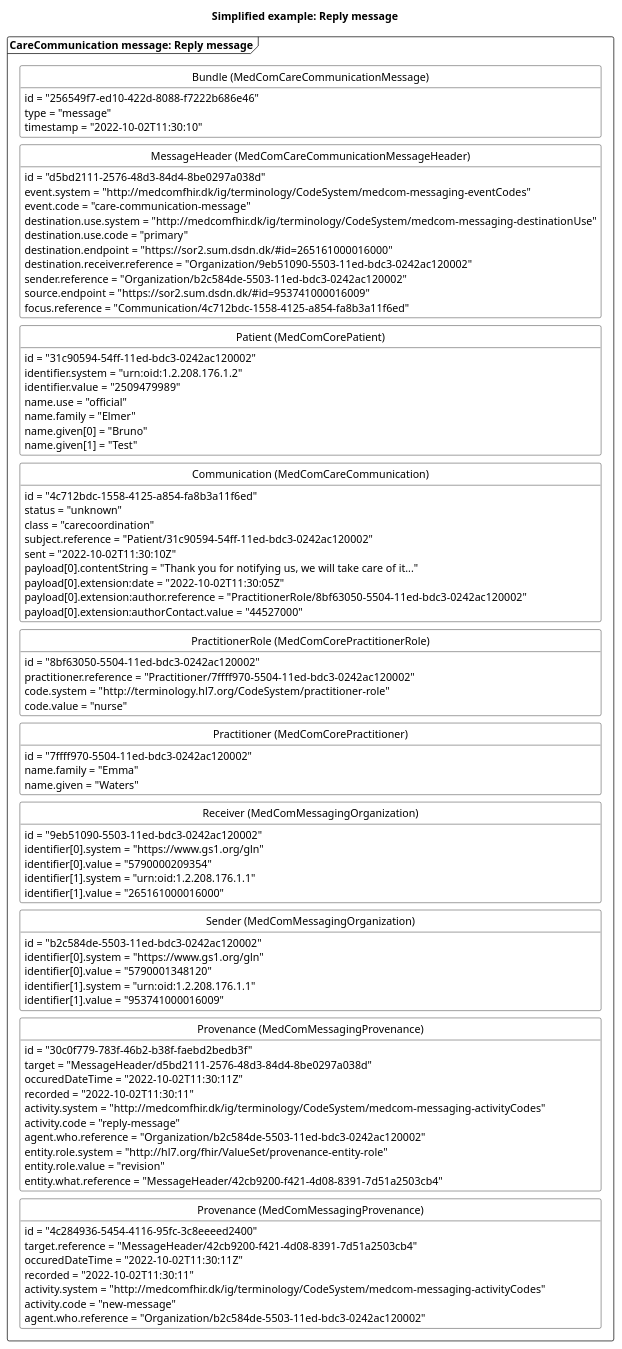
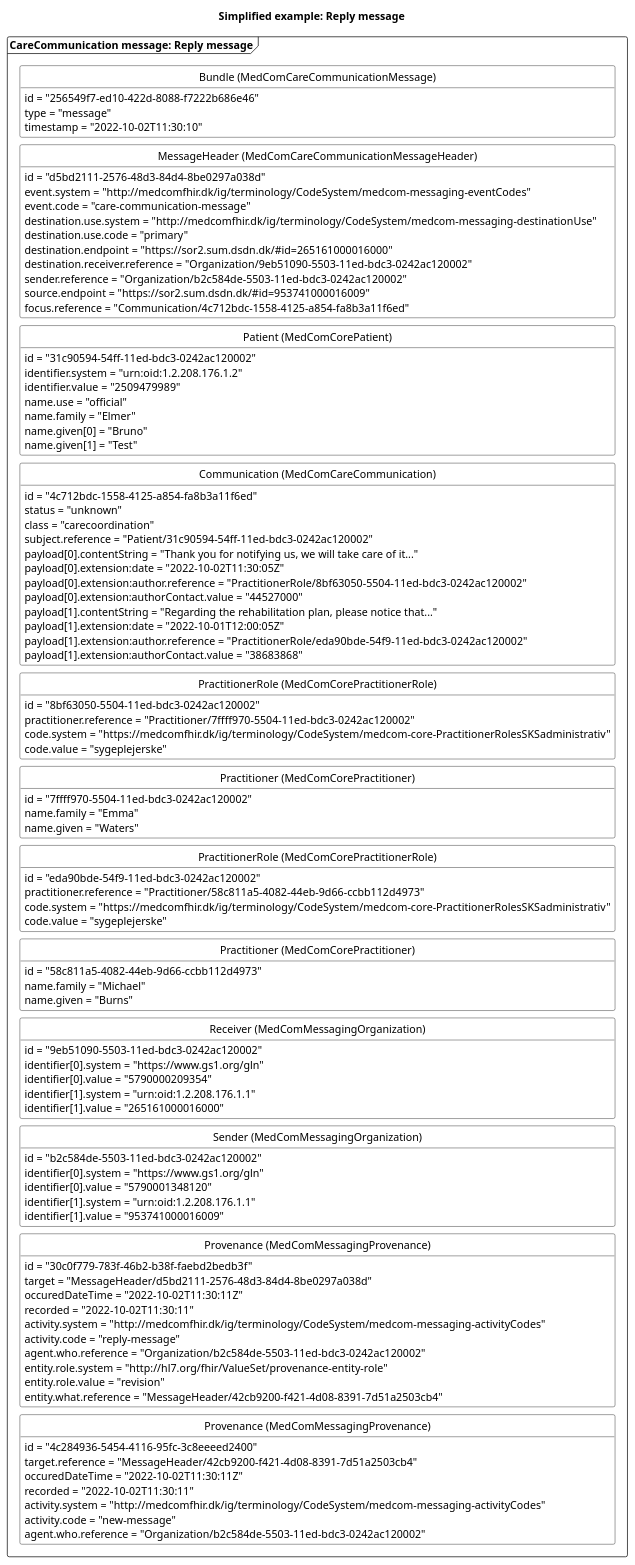
Before and after one commit to medcomdk/dk-medcom-carecommunication: the diagram in puml/CareCommunicationReplyMessage.puml, drawn with PlantUML. The commit also changed 22 other files, not shown here.

```diff
--- a/puml/CareCommunicationReplyMessage.puml
+++ b/puml/CareCommunicationReplyMessage.puml
@@ -1,115 +1,131 @@
 @startuml CCreplyMessage
 
 'layout
 skinparam class {
     BackgroundColor White
     BorderColor Black
     ArrowColor Black
   }
 hide circle
 hide empty members
 skinparam SameClassWidth true
 skinparam Ranksep 10
 
 
 'title
 title Simplified example: Reply message
 
 'Message 1: reply message
 package "CareCommunication message: Reply message" as reply <<Frame>>{
     class "Bundle (MedComCareCommunicationMessage)" as replyB {
         id = "256549f7-ed10-422d-8088-f7222b686e46"
         type = "message"
         timestamp = "2022-10-02T11:30:10"
     }
     class "MessageHeader (MedComCareCommunicationMessageHeader)" as replyMH{
         id = "d5bd2111-2576-48d3-84d4-8be0297a038d"
         event.system = "http://medcomfhir.dk/ig/terminology/CodeSystem/medcom-messaging-eventCodes"
         event.code = "care-communication-message"
         destination.use.system = "http://medcomfhir.dk/ig/terminology/CodeSystem/medcom-messaging-destinationUse"
         destination.use.code = "primary"
         destination.endpoint = "https://sor2.sum.dsdn.dk/#id=265161000016000"
         destination.receiver.reference = "Organization/9eb51090-5503-11ed-bdc3-0242ac120002"
         sender.reference = "Organization/b2c584de-5503-11ed-bdc3-0242ac120002"
         source.endpoint = "https://sor2.sum.dsdn.dk/#id=953741000016009"
         focus.reference = "Communication/4c712bdc-1558-4125-a854-fa8b3a11f6ed"
     }
     class "Patient (MedComCorePatient)" as replyPT{
         id = "31c90594-54ff-11ed-bdc3-0242ac120002"
         identifier.system = "urn:oid:1.2.208.176.1.2"
         identifier.value = "2509479989"
         name.use = "official"
         name.family = "Elmer"
         name.given[0] = "Bruno"
         name.given[1] = "Test"
     }
     class "Communication (MedComCareCommunication)" as replyCom{
         id = "4c712bdc-1558-4125-a854-fa8b3a11f6ed"
         status = "unknown"
         class = "carecoordination"
         subject.reference = "Patient/31c90594-54ff-11ed-bdc3-0242ac120002"
-        sent = "2022-10-02T11:30:10Z"
         payload[0].contentString = "Thank you for notifying us, we will take care of it..."
         payload[0].extension:date = "2022-10-02T11:30:05Z"
         payload[0].extension:author.reference = "PractitionerRole/8bf63050-5504-11ed-bdc3-0242ac120002"
         payload[0].extension:authorContact.value = "44527000"
-    }
+        payload[1].contentString = "Regarding the rehabilitation plan, please notice that..."
+        payload[1].extension:date = "2022-10-01T12:00:05Z"
+        payload[1].extension:author.reference = "PractitionerRole/eda90bde-54f9-11ed-bdc3-0242ac120002"
+        payload[1].extension:authorContact.value = "38683868"
+    } 
     class "PractitionerRole (MedComCorePractitionerRole)" as replyPracR{
         id = "8bf63050-5504-11ed-bdc3-0242ac120002"
         practitioner.reference = "Practitioner/7ffff970-5504-11ed-bdc3-0242ac120002"
-        code.system = "http://terminology.hl7.org/CodeSystem/practitioner-role"
-        code.value = "nurse"
+        code.system = "https://medcomfhir.dk/ig/terminology/CodeSystem/medcom-core-PractitionerRolesSKSadministrativ"
+        code.value = "sygeplejerske"
     }
     class "Practitioner (MedComCorePractitioner)" as replyPrac{
         id = "7ffff970-5504-11ed-bdc3-0242ac120002"
         name.family = "Emma"
         name.given = "Waters"
+    }
+    class "PractitionerRole (MedComCorePractitionerRole)" as newPracR{
+        id = "eda90bde-54f9-11ed-bdc3-0242ac120002"
+        practitioner.reference = "Practitioner/58c811a5-4082-44eb-9d66-ccbb112d4973"
+        code.system = "https://medcomfhir.dk/ig/terminology/CodeSystem/medcom-core-PractitionerRolesSKSadministrativ"
+        code.value = "sygeplejerske"
+    }
+    class "Practitioner (MedComCorePractitioner)" as newPrac{
+        id = "58c811a5-4082-44eb-9d66-ccbb112d4973"
+        name.family = "Michael"
+        name.given = "Burns"
     }
     class "Receiver (MedComMessagingOrganization)" as replyROrg{
         id = "9eb51090-5503-11ed-bdc3-0242ac120002"
         identifier[0].system = "https://www.gs1.org/gln"
         identifier[0].value = "5790000209354"
         identifier[1].system = "urn:oid:1.2.208.176.1.1"
         identifier[1].value = "265161000016000"
     }
     class "Sender (MedComMessagingOrganization)" as replySOrg{
         id = "b2c584de-5503-11ed-bdc3-0242ac120002"
         identifier[0].system = "https://www.gs1.org/gln"
         identifier[0].value = "5790001348120"
         identifier[1].system = "urn:oid:1.2.208.176.1.1"
         identifier[1].value = "953741000016009"
     }
     class "Provenance (MedComMessagingProvenance)" as replyPRO{
         id = "30c0f779-783f-46b2-b38f-faebd2bedb3f"
         target = "MessageHeader/d5bd2111-2576-48d3-84d4-8be0297a038d"
         occuredDateTime = "2022-10-02T11:30:11Z"
         recorded = "2022-10-02T11:30:11"
         activity.system = "http://medcomfhir.dk/ig/terminology/CodeSystem/medcom-messaging-activityCodes"
         activity.code = "reply-message"
         agent.who.reference = "Organization/b2c584de-5503-11ed-bdc3-0242ac120002"
         entity.role.system = "http://hl7.org/fhir/ValueSet/provenance-entity-role"
         entity.role.value = "revision"
         entity.what.reference = "MessageHeader/42cb9200-f421-4d08-8391-7d51a2503cb4"
     }
     class "Provenance (MedComMessagingProvenance)" as newPRO{
         id = "4c284936-5454-4116-95fc-3c8eeeed2400"
         target.reference = "MessageHeader/42cb9200-f421-4d08-8391-7d51a2503cb4"
         occuredDateTime = "2022-10-02T11:30:11Z"
         recorded = "2022-10-02T11:30:11"
         activity.system = "http://medcomfhir.dk/ig/terminology/CodeSystem/medcom-messaging-activityCodes"
         activity.code = "new-message"
         agent.who.reference = "Organization/b2c584de-5503-11ed-bdc3-0242ac120002"
     }
 
 replyB -[hidden]- replyMH
 replyMH -[hidden]-replyPT
 replyPT-[hidden]-replyCom
 replyCom -[hidden]-replyPracR
 replyPracR-[hidden]-replyPrac
-replyPrac-[hidden]-replyROrg
+replyPrac-[hidden]-newPracR
+newPracR-[hidden]-newPrac
+newPrac-[hidden]-replyROrg
 replyROrg-[hidden]- replySOrg
 replySOrg-[hidden]-replyPRO
 replyPRO-[hidden]-newPRO
 
 
 @enduml
```
